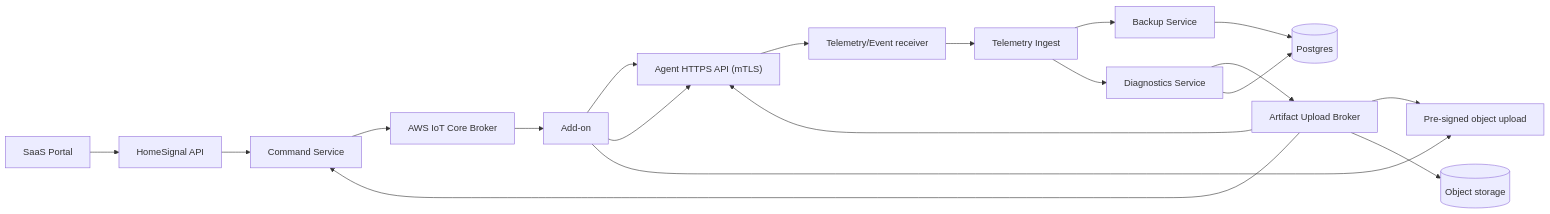
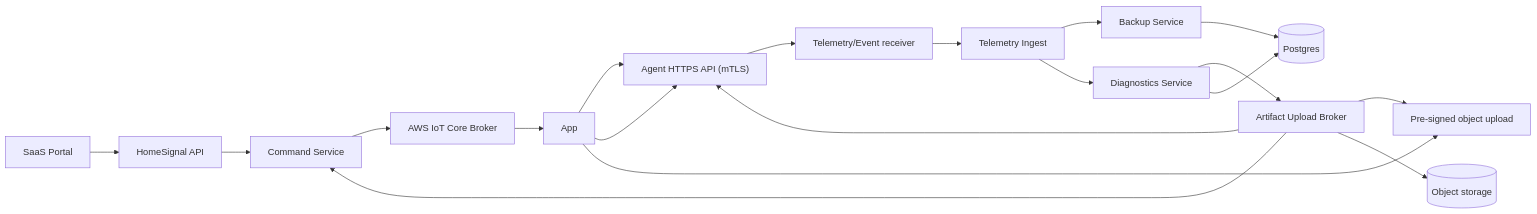
The seventh of 8 diagrams in design-docs/service-map.md (homesignal-io/homesignal-home-assistant-app), drawn with Mermaid before and after one commit. The commit also changed other lines of this file and 73 other files, not shown here.

````diff
--- a/design-docs/service-map.md
+++ b/design-docs/service-map.md
@@ -362,21 +362,21 @@
 ```mermaid
 flowchart LR
   Portal["SaaS Portal"] --> API["HomeSignal API"]
   API --> Command["Command Service"]
   Command --> Broker["AWS IoT Core Broker"]
-  Broker --> Addon["Add-on"]
-  Addon --> AgentAPI["Agent HTTPS API (mTLS)"]
+  Broker --> App["App"]
+  App --> AgentAPI["Agent HTTPS API (mTLS)"]
   AgentAPI --> Receiver["Telemetry/Event receiver"]
   Receiver --> Ingest["Telemetry Ingest"]
   Ingest --> Backup["Backup Service"]
   Ingest --> Diagnostics["Diagnostics Service"]
   Diagnostics --> ArtifactBroker["Artifact Upload Broker"]
   ArtifactBroker --> Command
   ArtifactBroker --> AgentAPI["Agent HTTPS API (mTLS)"]
   Backup --> DB[("Postgres")]
   Diagnostics --> DB
   ArtifactBroker --> Upload["Pre-signed object upload"]
-  Addon --> AgentAPI
-  Addon --> Upload
+  App --> AgentAPI
+  App --> Upload
   ArtifactBroker --> ObjectStore[("Object storage")]
 ```
````
